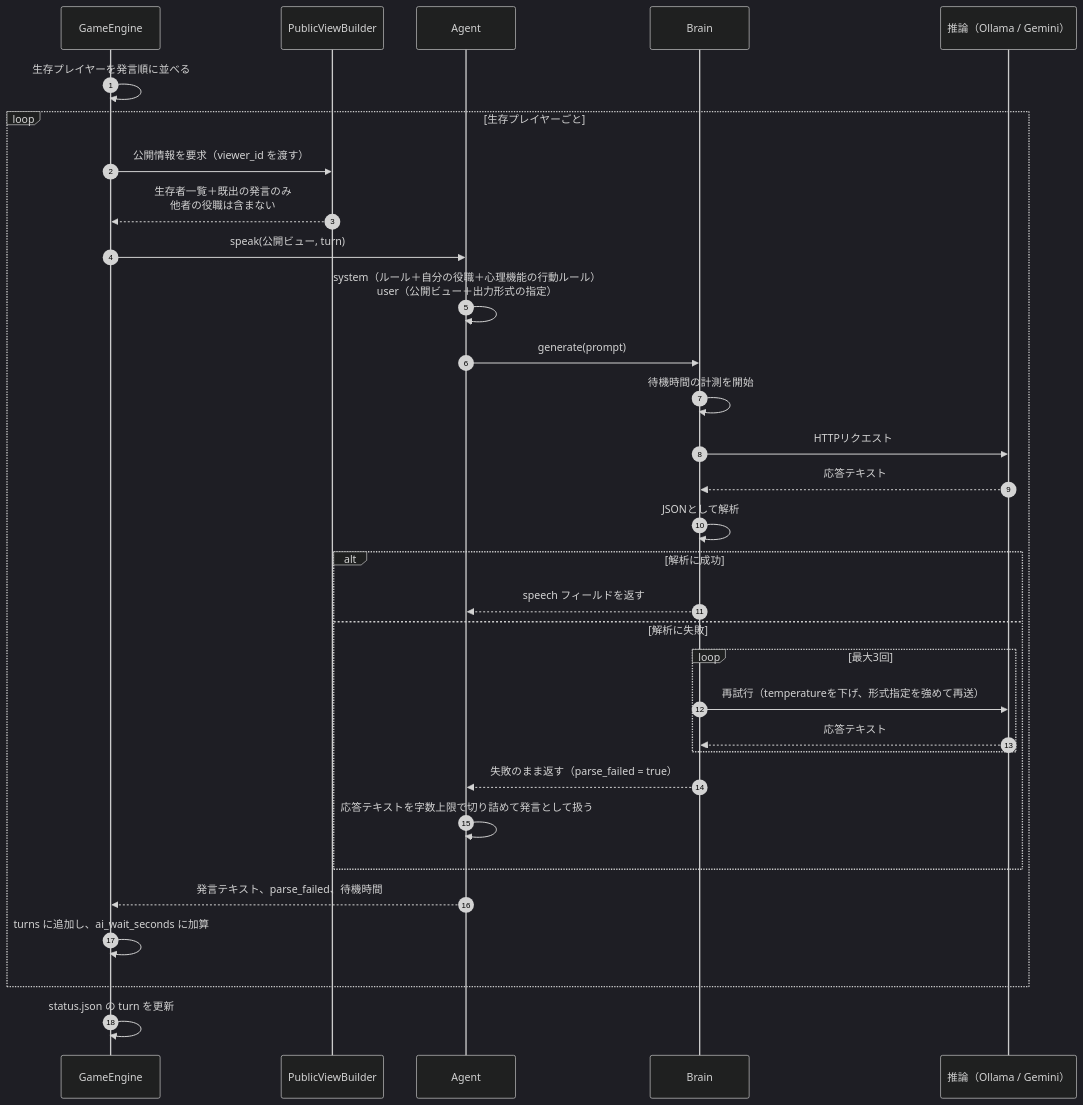
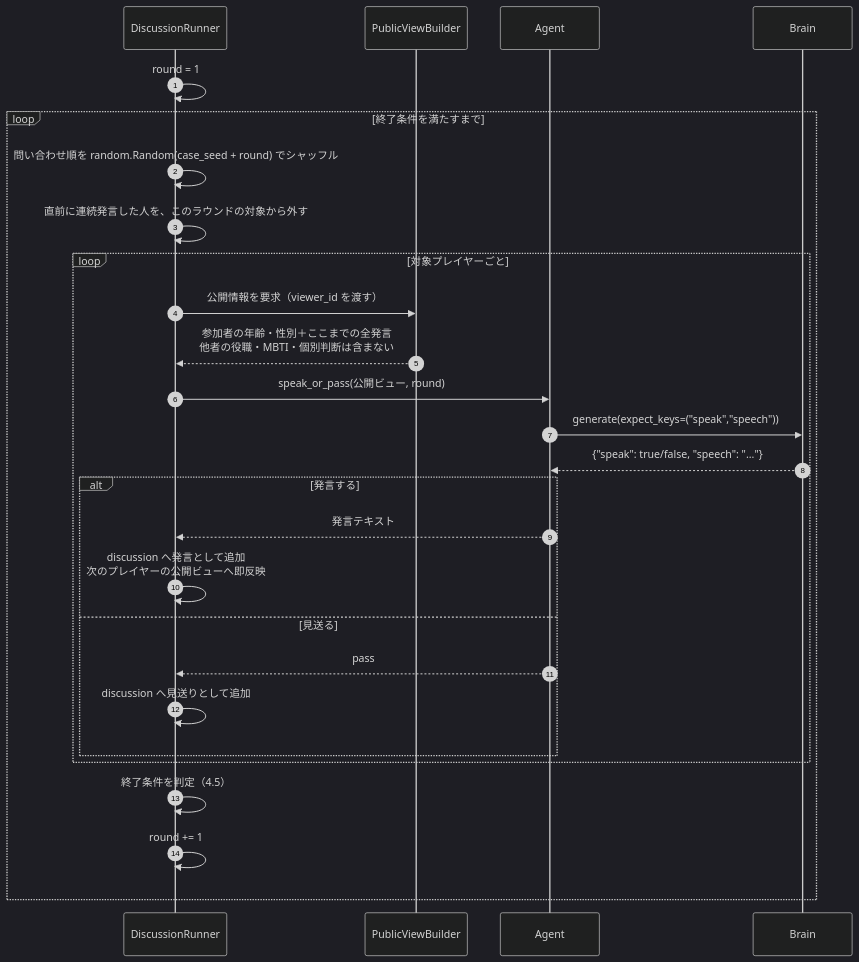
Before and after one commit to ziriss8120121/hackathon-test: the fourth of 11 diagrams in docs/design.md, drawn with Mermaid (dark theme). The commit also changed other lines of this file and 2 other files, not shown here.

First line of the commit message:
docs: rewrite system requirements and design for v2.0 scope

````diff
--- a/docs/design.md
+++ b/docs/design.md
@@ -252,37 +458,30 @@
 ```mermaid
 sequenceDiagram
     autonumber
-    participant E as GameEngine
-    participant V as PublicViewBuilder
+    participant D as DiscussionRunner
+    participant VW as PublicViewBuilder
     participant A as Agent
     participant B as Brain
-    participant L as 推論（Ollama / Gemini）
 
-    E->>E: 生存プレイヤーを発言順に並べる
-    loop 生存プレイヤーごと
-        E->>V: 公開情報を要求（viewer_id を渡す）
-        V-->>E: 生存者一覧＋既出の発言のみ<br/>他者の役職は含まない
-        E->>A: speak(公開ビュー, turn)
-        A->>A: system（ルール＋自分の役職＋心理機能の行動ルール）<br/>user（公開ビュー＋出力形式の指定）
-        A->>B: generate(prompt)
-        B->>B: 待機時間の計測を開始
-        B->>L: HTTPリクエスト
-        L-->>B: 応答テキスト
-        B->>B: JSONとして解析
-
-        alt 解析に成功
-            B-->>A: speech フィールドを返す
-        else 解析に失敗
-            loop 最大3回
-                B->>L: 再試行（temperatureを下げ、形式指定を強めて再送）
-                L-->>B: 応答テキスト
+    D->>D: round = 1
+    loop 終了条件を満たすまで
+        D->>D: 問い合わせ順を random.Random(case_seed + round) でシャッフル
+        D->>D: 直前に連続発言した人を、このラウンドの対象から外す
+        loop 対象プレイヤーごと
+            D->>VW: 公開情報を要求（viewer_id を渡す）
+            VW-->>D: 参加者の年齢・性別＋ここまでの全発言<br/>他者の役職・MBTI・個別判断は含まない
+            D->>A: speak_or_pass(公開ビュー, round)
+            A->>B: generate(expect_keys=("speak","speech"))
+            B-->>A: {"speak": true/false, "speech": "..."}
+            alt 発言する
+                A-->>D: 発言テキスト
+                D->>D: discussion へ発言として追加<br/>次のプレイヤーの公開ビューへ即反映
+            else 見送る
+                A-->>D: pass
+                D->>D: discussion へ見送りとして追加
             end
-            B-->>A: 失敗のまま返す（parse_failed = true）
-            A->>A: 応答テキストを字数上限で切り詰めて発言として扱う
         end
-
-        A-->>E: 発言テキスト、parse_failed、待機時間
-        E->>E: turns に追加し、ai_wait_seconds に加算
+        D->>D: 終了条件を判定（4.5）
+        D->>D: round += 1
     end
-    E->>E: status.json の turn を更新
 ```
````
